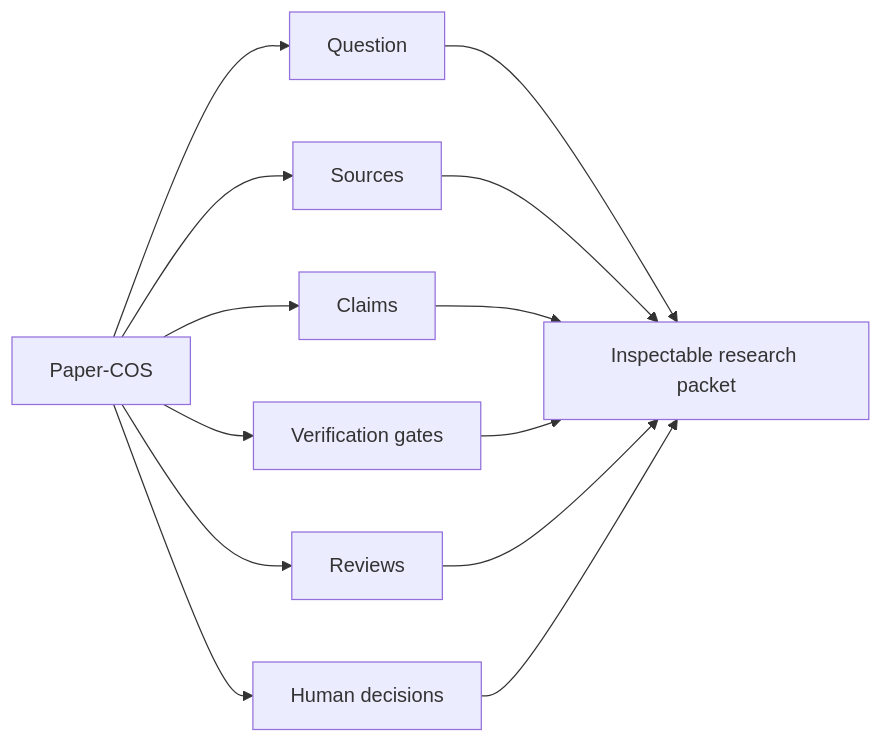
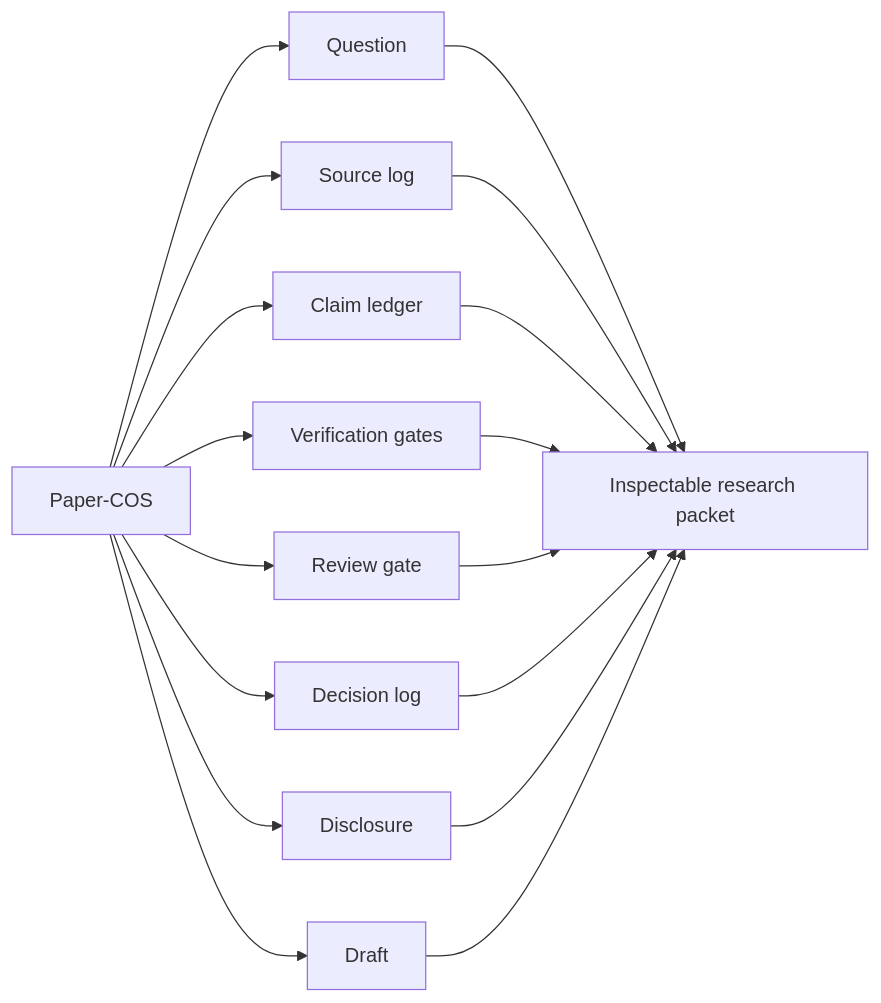
Before and after one commit to smarqart-hash/structured-ai-research-workflows: the diagram in docs/paper-cos-pattern.md, drawn with Mermaid. The commit also changed other lines of this file and 13 other files, not shown here.

````diff
--- a/docs/paper-cos-pattern.md
+++ b/docs/paper-cos-pattern.md
@@ -13,16 +13,20 @@
 ```mermaid
 flowchart LR
     COS["Paper-COS"] --> Q["Question"]
-    COS --> S["Sources"]
-    COS --> C["Claims"]
+    COS --> S["Source log"]
+    COS --> C["Claim ledger"]
     COS --> V["Verification gates"]
-    COS --> R["Reviews"]
-    COS --> D["Human decisions"]
+    COS --> R["Review gate"]
+    COS --> D["Decision log"]
+    COS --> DS["Disclosure"]
+    COS --> DR["Draft"]
 
     Q --> OUT["Inspectable research packet"]
     S --> OUT
     C --> OUT
     V --> OUT
     R --> OUT
     D --> OUT
+    DS --> OUT
+    DR --> OUT
 ```
````
